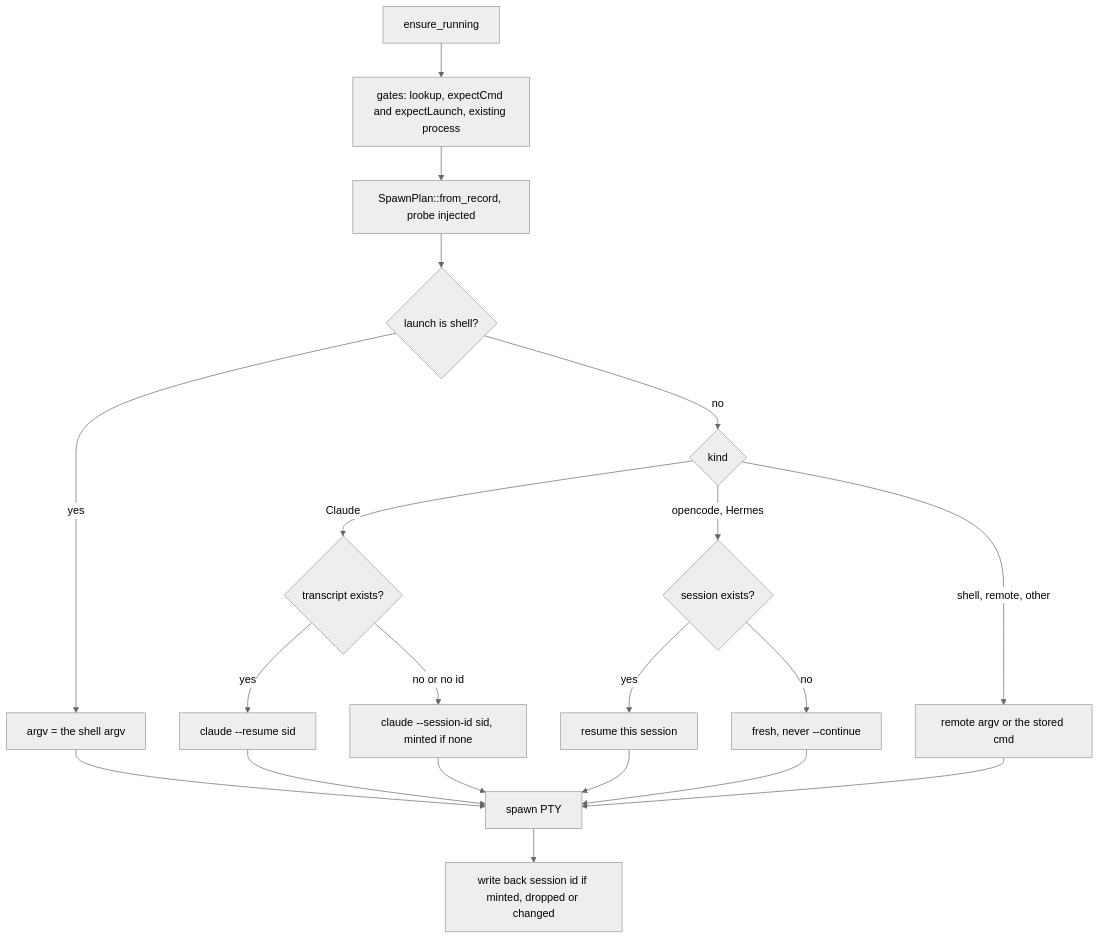
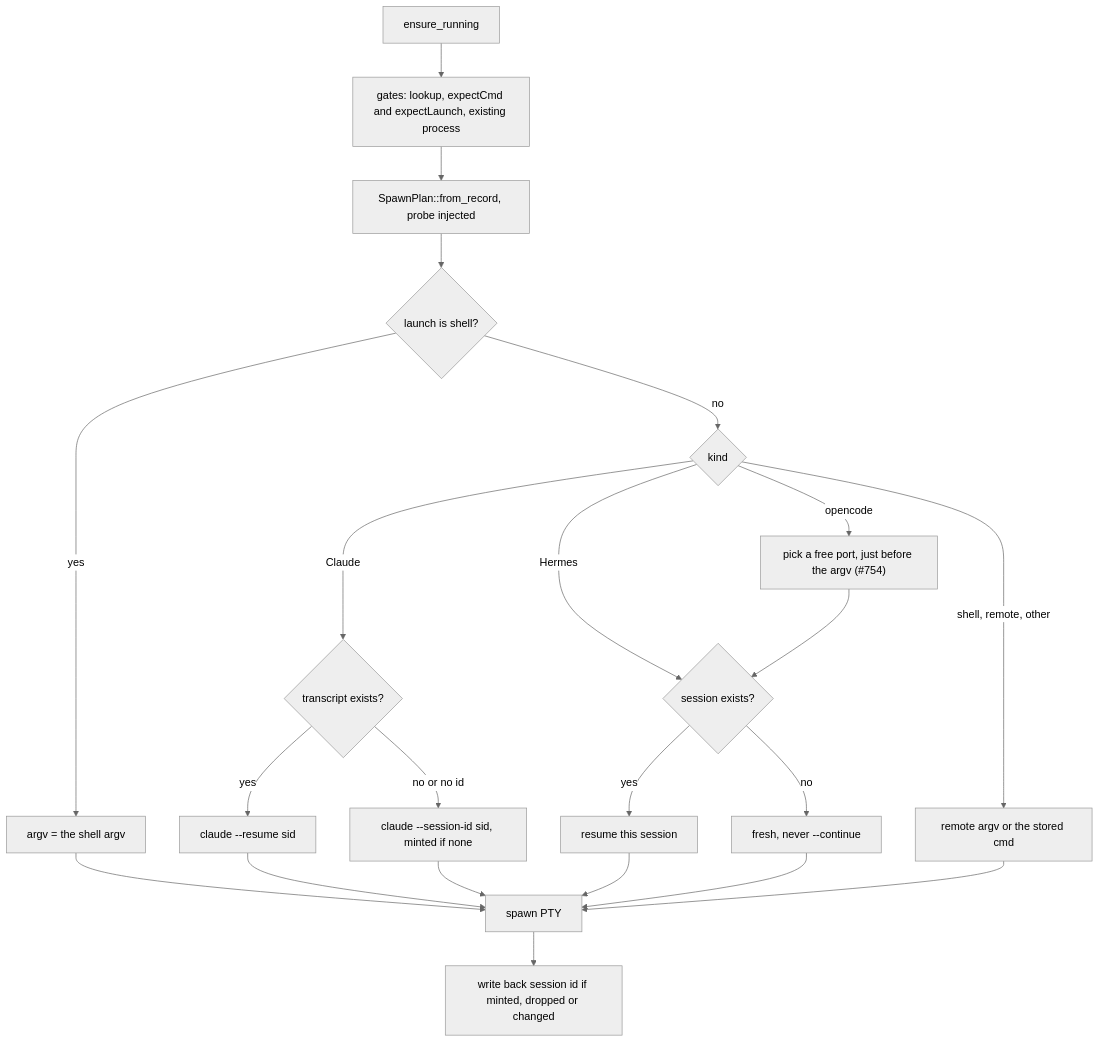
One commit to timeloop-vault/skein changed the seventh of 11 diagrams in docs/skeind-p2-design.md. Above: the diagram before and after it, drawn with Mermaid (neutral theme). The commit also changed other lines of this file and 56 other files, not shown here.

First line of the commit message:
feat(#754): pick the opencode port at spawn and keep it out of the stored cmd

````diff
--- a/docs/skeind-p2-design.md
+++ b/docs/skeind-p2-design.md
@@ -938,22 +948,24 @@
 ```mermaid
 flowchart TD
     A["ensure_running"] --> B["gates: lookup, expectCmd and expectLaunch, existing process"]
     B --> C["SpawnPlan::from_record, probe injected"]
     C --> D{"launch is shell?"}
     D -->|yes| E["argv = the shell argv"]
     D -->|no| F{"kind"}
     F -->|Claude| G{"transcript exists?"}
     G -->|yes| H["claude --resume sid"]
     G -->|no or no id| I["claude --session-id sid, minted if none"]
-    F -->|opencode, Hermes| J{"session exists?"}
+    F -->|Hermes| J{"session exists?"}
+    F -->|opencode| P["pick a free port, just before the argv (#754)"]
+    P --> J
     J -->|yes| K["resume this session"]
     J -->|no| L["fresh, never --continue"]
     F -->|"shell, remote, other"| M["remote argv or the stored cmd"]
     E --> N["spawn PTY"]
     H --> N
     I --> N
     K --> N
     L --> N
     M --> N
     N --> O["write back session id if minted, dropped or changed"]
 ```
````
